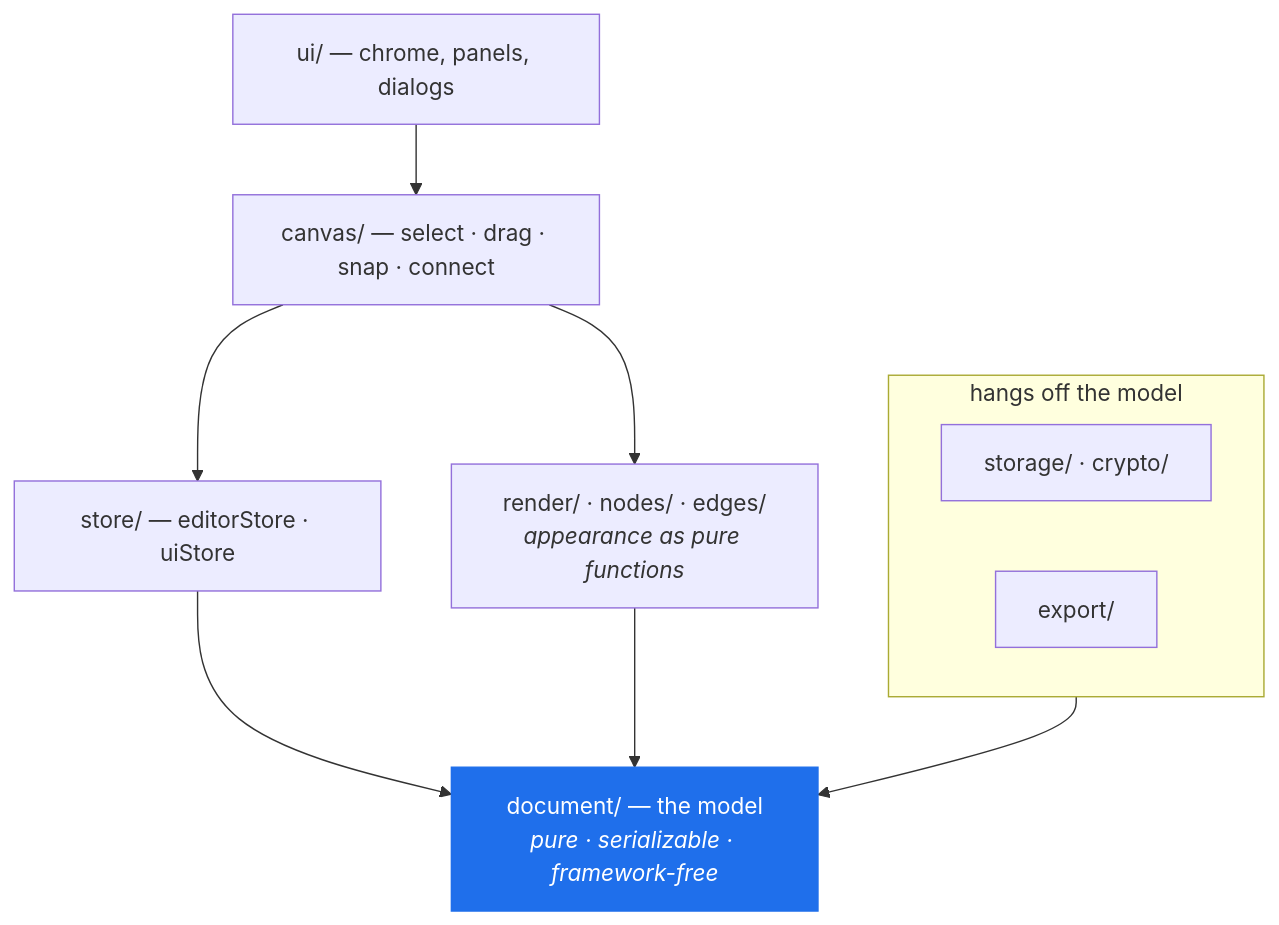
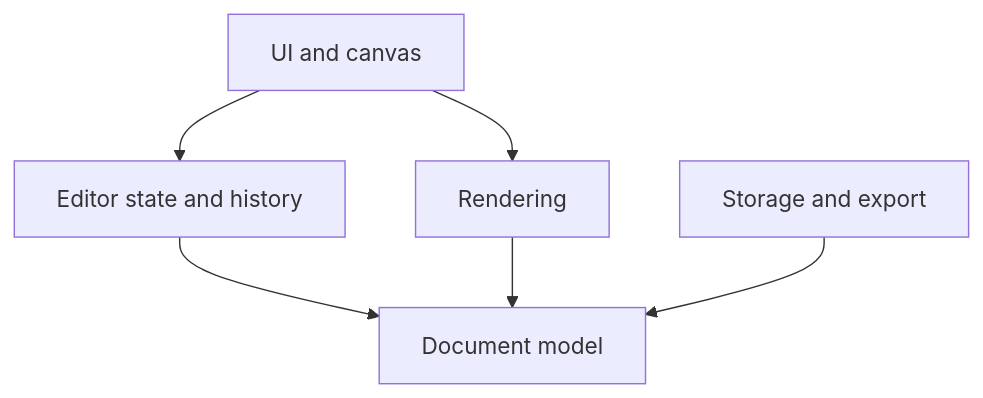
The diagram in docs/reference/architecture.md (acltabontabon/draft-canvas), drawn with Mermaid before and after one commit. The commit also changed other lines of this file, not shown here.

Commit message:
Focus architecture reference on core design principles

````diff
--- a/docs/reference/architecture.md
+++ b/docs/reference/architecture.md
@@ -55,23 +25,8 @@
 ```mermaid
 flowchart TD
-    UI["ui/ — chrome, panels, dialogs"]
-    CANVAS["canvas/ — select · drag · snap · connect"]
-    STORE["store/ — editorStore · uiStore"]
-    RENDER["render/ · nodes/ · edges/<br/><i>appearance as pure functions</i>"]
-    DOC["document/ — the model<br/><i>pure · serializable · framework-free</i>"]
-
-    subgraph SIDE["hangs off the model"]
-        direction LR
-        STORAGE["storage/ · crypto/"]
-        EXPORT["export/"]
-    end
-
-    UI --> CANVAS
-    CANVAS --> STORE
-    CANVAS --> RENDER
-    STORE --> DOC
+    UI["UI and canvas"] --> STORE["Editor state and history"]
+    UI --> RENDER["Rendering"]
+    STORE --> DOC["Document model"]
     RENDER --> DOC
-    SIDE --> DOC
-
-    style DOC fill:#1f6feb,color:#fff,stroke:#1f6feb
+    STORAGE["Storage and export"] --> DOC
 ```
````
